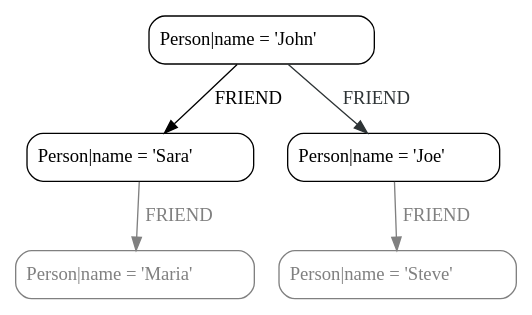
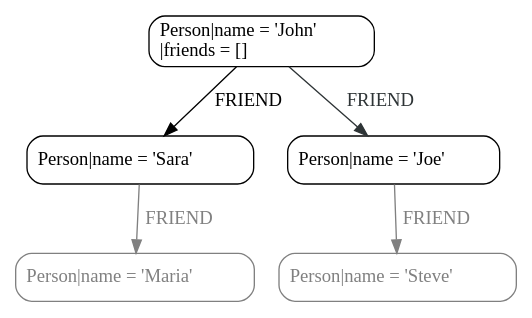
The sixth of 10 diagrams in modules/ROOT/pages/introduction/clause_composition.adoc (neo4j/docs-cypher), drawn with Graphviz before and after one commit. The commit also changed other lines of this file, not shown here.

```diff
--- a/modules/ROOT/pages/introduction/clause_composition.adoc
+++ b/modules/ROOT/pages/introduction/clause_composition.adoc
@@ -607,42 +715,42 @@
 [graphviz]
 ----
 digraph L { node [shape=record style=rounded];
 N0 [
-label = "{Person\|name = \'John\'\l}"
+label = "{Person\|name = \'John\'\l\|friends = []\l}"
 ]
 N0 -> N3 [
 label = "FRIEND\n"
 ]
 N0 -> N1 [
 color = "#2e3436"
 fontcolor = "#2e3436"
 label = "FRIEND\n"
 ]
 N1 [
 label = "{Person\|name = \'Joe\'\l}"
 ]
 N1 -> N2 [
 color = "grey"
 fontcolor = "grey"
 label = "FRIEND\n"
 ]
 N2 [
 color = "grey"
 fontcolor = "grey"
 label = "{Person\|name = \'Steve\'\l}"
 ]
 N3 [
 label = "{Person\|name = \'Sara\'\l}"
 ]
 N3 -> N4 [
 color = "grey"
 fontcolor = "grey"
 label = "FRIEND\n"
 ]
 N4 [
 color = "grey"
 fontcolor = "grey"
 label = "{Person\|name = \'Maria\'\l}"
 ]
 }
 ----
```
